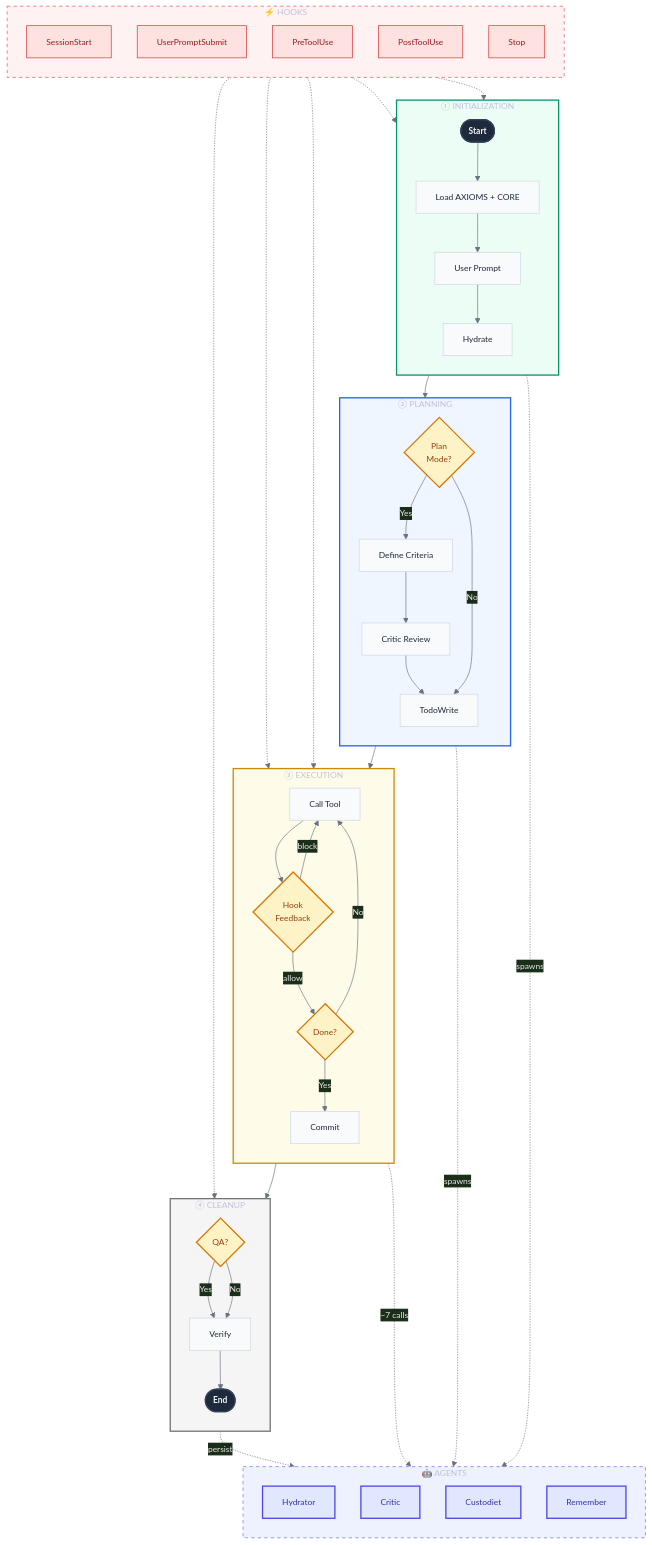
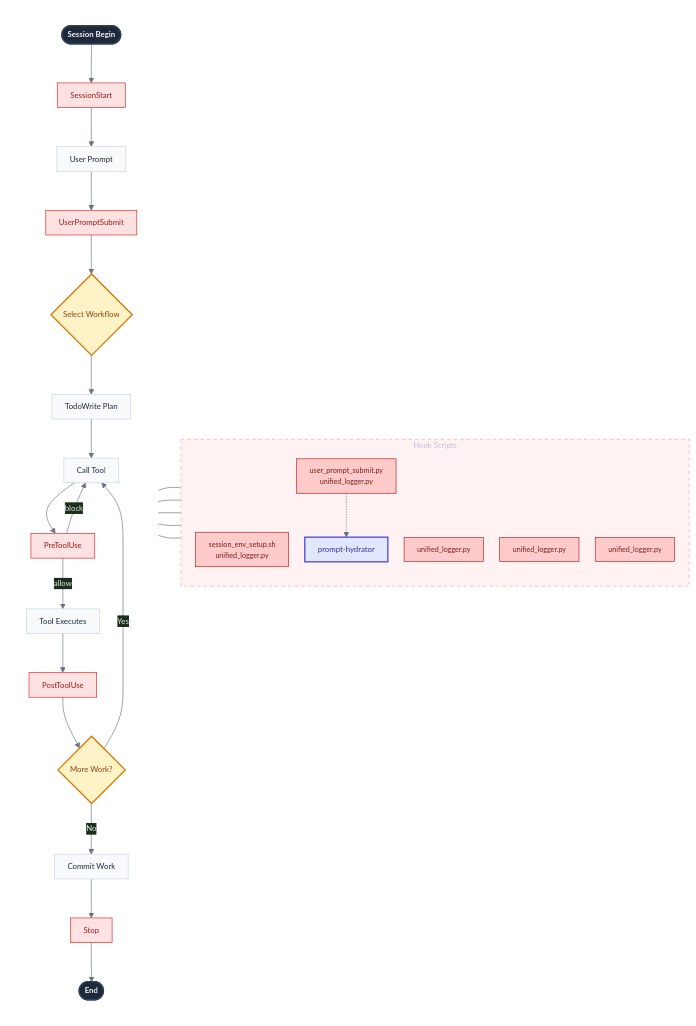
The first of 2 diagrams in aops-core/specs/FLOW.md (nicsuzor/academicOps), drawn with Mermaid before and after one commit. The commit also changed other lines of this file and 121 other files, not shown here.

````diff
--- a/aops-core/specs/FLOW.md
+++ b/aops-core/specs/FLOW.md
@@ -66,97 +47,66 @@
     'primaryTextColor': '#eaeaea',
     'primaryBorderColor': '#4a4a6a',
     'lineColor': '#6b7280',
-    'fontSize': '13px'
+    'fontSize': '12px'
   },
-  'flowchart': { 'nodeSpacing': 40, 'rankSpacing': 35, 'curve': 'basis', 'padding': 15 }
+  'flowchart': { 'nodeSpacing': 25, 'rankSpacing': 35, 'curve': 'basis', 'padding': 10 }
 }}%%
-flowchart TB
+flowchart LR
     %% === STYLING ===
     classDef phase fill:#1e293b,stroke:#334155,stroke-width:2px,color:#f1f5f9,font-weight:bold
     classDef step fill:#f8fafc,stroke:#cbd5e1,stroke-width:1px,color:#1e293b
     classDef gate fill:#fef3c7,stroke:#d97706,stroke-width:2px,color:#92400e
     classDef hook fill:#fee2e2,stroke:#dc2626,stroke-width:1px,color:#991b1b
+    classDef script fill:#fecaca,stroke:#b91c1c,stroke-width:1px,color:#7f1d1d,font-size:11px
     classDef agent fill:#e0e7ff,stroke:#4f46e5,stroke-width:2px,color:#3730a3
 
-    %% === MAIN FLOW (Simplified) ===
-    subgraph INIT["① INITIALIZATION"]
+    %% === MAIN FLOW (vertical subgraph) ===
+    subgraph MAIN[" "]
         direction TB
-        S0([Start]) --> S1[Load AXIOMS + CORE]
-        S1 --> S2[User Prompt]
-        S2 --> S3[Hydrate]
+        S0([Session Begin]) --> H1[SessionStart]
+        H1 --> P1[User Prompt]
+        P1 --> H2[UserPromptSubmit]
+        H2 --> W1{Select Workflow}
+        W1 --> T1[TodoWrite Plan]
+        T1 --> E1[Call Tool]
+        E1 --> H3[PreToolUse]
+        H3 -->|block| E1
+        H3 -->|allow| E2[Tool Executes]
+        E2 --> H4[PostToolUse]
+        H4 --> E3{More Work?}
+        E3 -->|Yes| E1
+        E3 -->|No| E4[Commit Work]
+        E4 --> H5[Stop]
+        H5 --> C3([End])
     end
 
-    subgraph PLAN["② PLANNING"]
+    %% === HOOK SCRIPTS (right column) ===
+    subgraph SCRIPTS["Hook Scripts"]
         direction TB
-        P1{Plan<br/>Mode?}
-        P1 -->|Yes| P2[Define Criteria]
-        P2 --> P3[Critic Review]
-        P3 --> P4[TodoWrite]
-        P1 -->|No| P4
+        HS1[session_env_setup.sh<br/>unified_logger.py]
+        HS2[user_prompt_submit.py<br/>unified_logger.py]
+        HS2 -.-> A1[prompt-hydrator]
+        HS3[unified_logger.py]
+        HS4[unified_logger.py]
+        HS5[unified_logger.py]
     end
 
-    subgraph EXEC["③ EXECUTION"]
-        direction TB
-        E1[Call Tool] --> E2{Hook<br/>Feedback}
-        E2 -->|block| E1
-        E2 -->|allow| E3{Done?}
-        E3 -->|No| E1
-        E3 -->|Yes| E4[Commit]
-    end
-
-    subgraph END["④ CLEANUP"]
-        direction TB
-        C1{QA?} -->|Yes| C2[Verify]
-        C1 -->|No| C2
-        C2 --> C3([End])
-    end
-
-    %% === PHASE CONNECTIONS ===
-    INIT --> PLAN --> EXEC --> END
-
-    %% === HOOKS (Side Panel) ===
-    subgraph HOOKS["⚡ HOOKS"]
-        direction TB
-        H1[SessionStart]
-        H2[UserPromptSubmit]
-        H3[PreToolUse]
-        H4[PostToolUse]
-        H5[Stop]
-    end
-
-    %% === AGENTS (Side Panel) ===
-    subgraph AGENTS["🤖 AGENTS"]
-        direction TB
-        A1[Hydrator]
-        A2[Critic]
-        A3[Custodiet]
-        A4[Remember]
-    end
-
-    %% === CROSS-CONNECTIONS (minimal) ===
-    S3 -.->|spawns| A1
-    P3 -.->|spawns| A2
-    E2 -.->|~7 calls| A3
-    C3 -.->|persist| A4
-
-    H1 -.-> S1
-    H2 -.-> S3
-    H3 -.-> E1
-    H4 -.-> E2
-    H5 -.-> C2
+    %% === CONNECT HOOKS TO SCRIPTS ===
+    H1 --- HS1
+    H2 --- HS2
+    H3 --- HS3
+    H4 --- HS4
+    H5 --- HS5
 
     %% === APPLY STYLES ===
     class S0,C3 phase
-    class S1,S2,S3,P2,P3,P4,E1,E4,C2 step
-    class P1,E2,E3,C1 gate
+    class P1,T1,E1,E2,E4 step
+    class W1,E3 gate
     class H1,H2,H3,H4,H5 hook
-    class A1,A2,A3,A4 agent
+    class HS1,HS2,HS3,HS4,HS5 script
+    class A1 agent
 
     %% === SUBGRAPH STYLING ===
-    style INIT fill:#ecfdf5,stroke:#059669,stroke-width:2px
-    style PLAN fill:#eff6ff,stroke:#2563eb,stroke-width:2px
-    style EXEC fill:#fefce8,stroke:#ca8a04,stroke-width:2px
-    style END fill:#f5f5f5,stroke:#737373,stroke-width:2px
-    style HOOKS fill:#fef2f2,stroke:#ef4444,stroke-width:1px,stroke-dasharray: 5 5
-    style AGENTS fill:#eef2ff,stroke:#6366f1,stroke-width:1px,stroke-dasharray: 5 5
+    style MAIN fill:none,stroke:none
+    style SCRIPTS fill:#fef2f2,stroke:#fca5a5,stroke-width:1px,stroke-dasharray: 5 5
 ```
````
